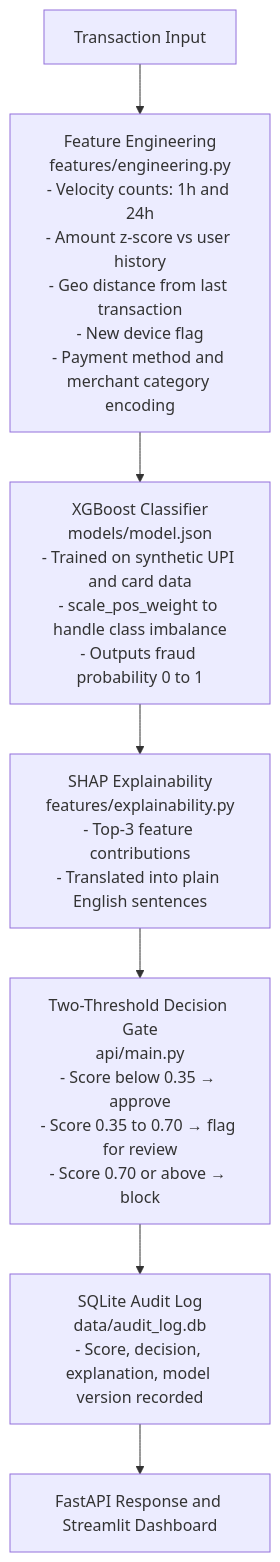
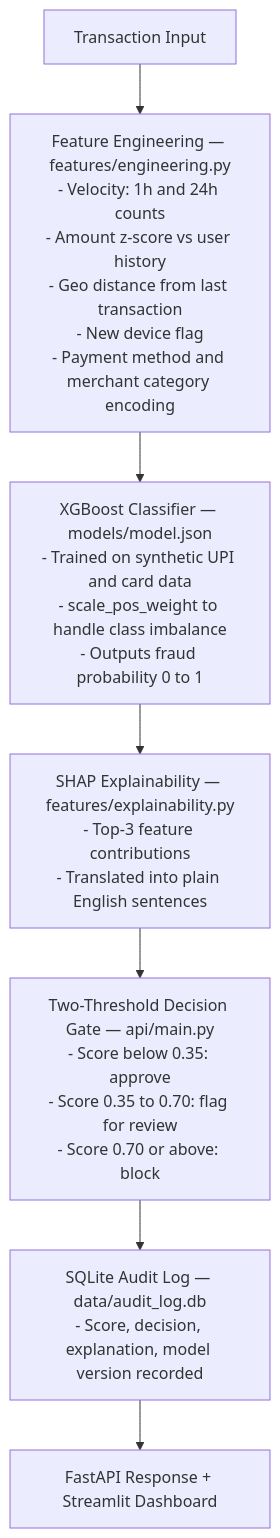
The diagram in README.md (ShlokTrivedi1/SentinelFlow), drawn with Mermaid before and after one commit. The commit also changed other lines of this file, not shown here.

Commit message:
fix: restore full node content using br/ line breaks for GitHub Mermaid

````diff
--- a/README.md
+++ b/README.md
@@ -18,17 +16,17 @@
 ```mermaid
 flowchart TD
     A["Transaction Input"]
-    B["Feature Engineering\nfeatures/engineering.py\n- Velocity counts: 1h and 24h\n- Amount z-score vs user history\n- Geo distance from last transaction\n- New device flag\n- Payment method and merchant category encoding"]
-    C["XGBoost Classifier\nmodels/model.json\n- Trained on synthetic UPI and card data\n- scale_pos_weight to handle class imbalance\n- Outputs fraud probability 0 to 1"]
-    D["SHAP Explainability\nfeatures/explainability.py\n- Top-3 feature contributions\n- Translated into plain English sentences"]
-    E["Two-Threshold Decision Gate\napi/main.py\n- Score below 0.35 → approve\n- Score 0.35 to 0.70 → flag for review\n- Score 0.70 or above → block"]
-    F["SQLite Audit Log\ndata/audit_log.db\n- Score, decision, explanation, model version recorded"]
-    G["FastAPI Response and Streamlit Dashboard"]
+    B["Feature Engineering — features/engineering.py<br/>- Velocity: 1h and 24h counts<br/>- Amount z-score vs user history<br/>- Geo distance from last transaction<br/>- New device flag<br/>- Payment method and merchant category encoding"]
+    C["XGBoost Classifier — models/model.json<br/>- Trained on synthetic UPI and card data<br/>- scale_pos_weight to handle class imbalance<br/>- Outputs fraud probability 0 to 1"]
+    D["SHAP Explainability — features/explainability.py<br/>- Top-3 feature contributions<br/>- Translated into plain English sentences"]
+    E["Two-Threshold Decision Gate — api/main.py<br/>- Score below 0.35: approve<br/>- Score 0.35 to 0.70: flag for review<br/>- Score 0.70 or above: block"]
+    F["SQLite Audit Log — data/audit_log.db<br/>- Score, decision, explanation, model version recorded"]
+    G["FastAPI Response + Streamlit Dashboard"]
 
     A --> B
     B --> C
     C --> D
     D --> E
     E --> F
     F --> G
 ```
````
